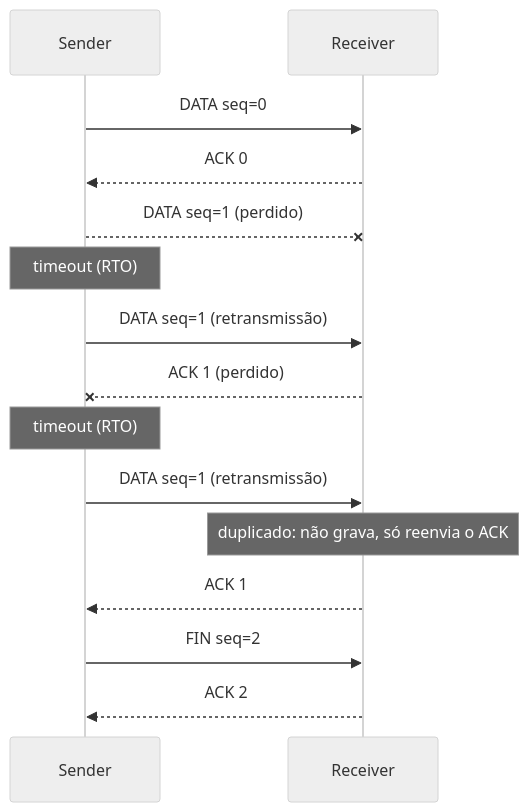
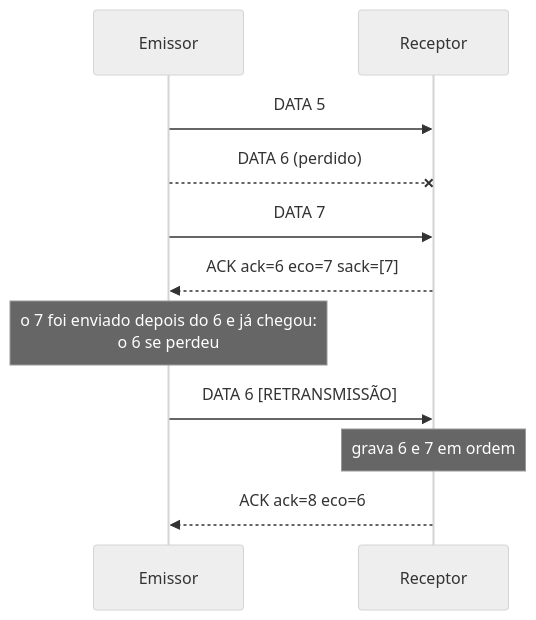
Before and after one commit to rTanure/raposa-reliable-udp: the second of 4 diagrams in docs/funcionalidades.md, drawn with Mermaid (neutral theme). The commit also changed other lines of this file and 33 other files, not shown here.

````diff
--- a/docs/funcionalidades.md
+++ b/docs/funcionalidades.md
@@ -164,17 +111,13 @@
 ```mermaid
 sequenceDiagram
-    participant S as Sender
-    participant R as Receiver
-    S->>R: DATA seq=0
-    R-->>S: ACK 0
-    S--xR: DATA seq=1 (perdido)
-    Note over S: timeout (RTO)
-    S->>R: DATA seq=1 (retransmissão)
-    R--xS: ACK 1 (perdido)
-    Note over S: timeout (RTO)
-    S->>R: DATA seq=1 (retransmissão)
-    Note over R: duplicado: não grava, só reenvia o ACK
-    R-->>S: ACK 1
-    S->>R: FIN seq=2
-    R-->>S: ACK 2
+    participant E as Emissor
+    participant R as Receptor
+    E->>R: DATA 5
+    E--xR: DATA 6 (perdido)
+    E->>R: DATA 7
+    R-->>E: ACK ack=6 eco=7 sack=[7]
+    Note over E: o 7 foi enviado depois do 6 e já chegou:<br/>o 6 se perdeu
+    E->>R: DATA 6 [RETRANSMISSÃO]
+    Note over R: grava 6 e 7 em ordem
+    R-->>E: ACK ack=8 eco=6
 ```
````
